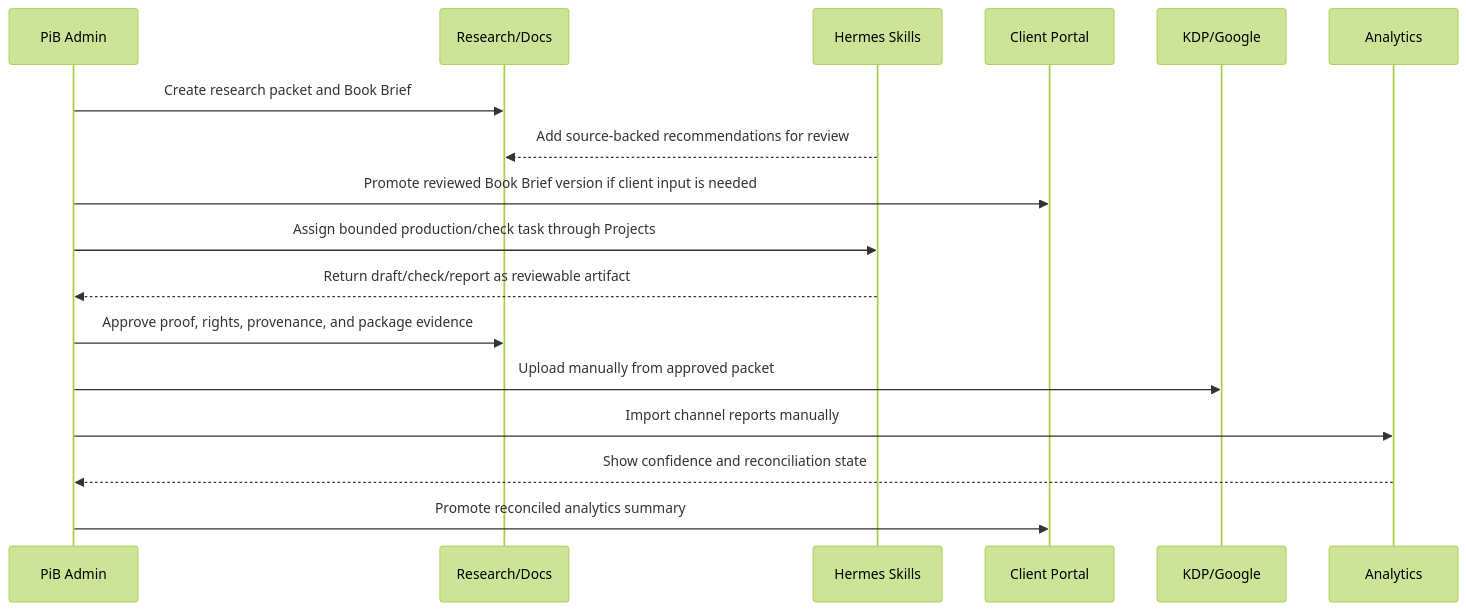
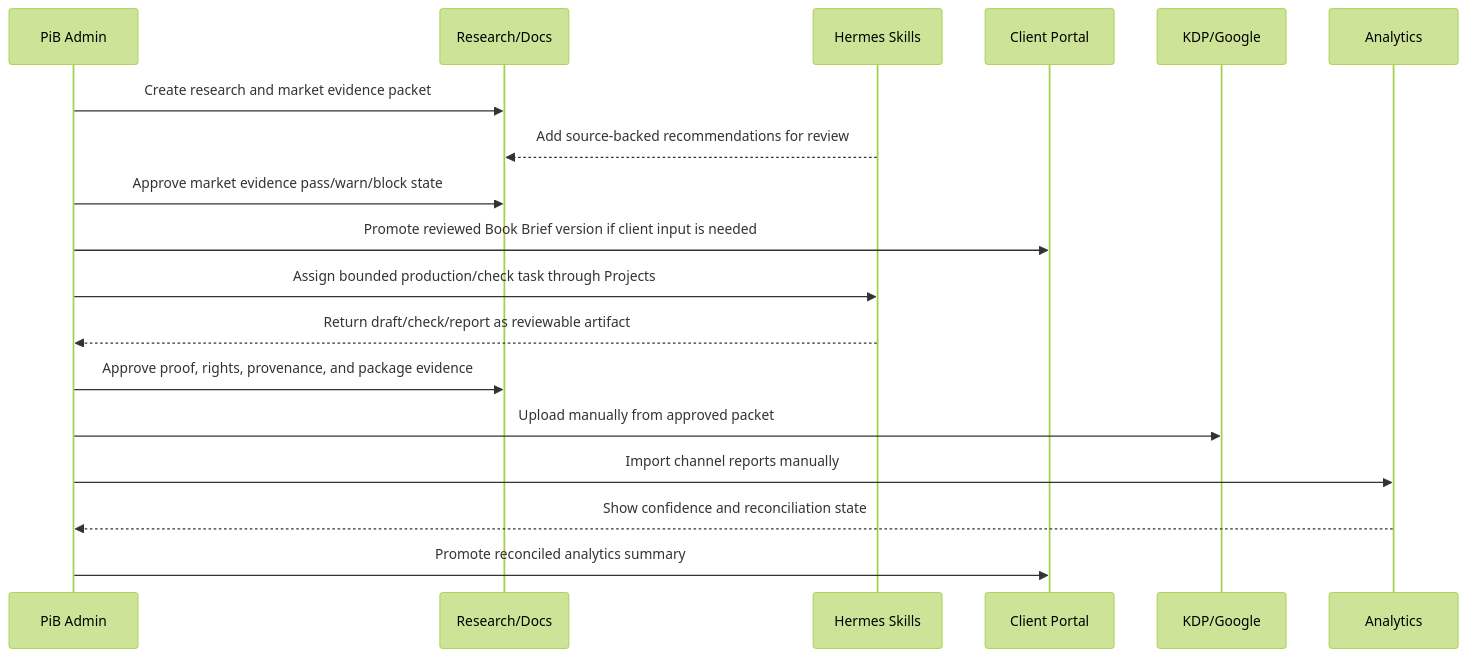
The second of 2 diagrams in docs/superpowers/specs/2026-06-08-book-studio-v1-platform-workflow-map.md (Partners-in-Biz/partnersinbiz-web), drawn with Mermaid (forest theme) before and after one commit. The commit also changed other lines of this file and 16 other files, not shown here.

Commit message:
docs(book-studio): add market evidence gate

````diff
--- a/docs/superpowers/specs/2026-06-08-book-studio-v1-platform-workflow-map.md
+++ b/docs/superpowers/specs/2026-06-08-book-studio-v1-platform-workflow-map.md
@@ -71,20 +73,21 @@
 ```mermaid
 sequenceDiagram
   participant Admin as PiB Admin
   participant Research as Research/Docs
   participant Hermes as Hermes Skills
   participant Portal as Client Portal
   participant Stores as KDP/Google
   participant Analytics as Analytics
 
-  Admin->>Research: Create research packet and Book Brief
+  Admin->>Research: Create research and market evidence packet
   Hermes-->>Research: Add source-backed recommendations for review
+  Admin->>Research: Approve market evidence pass/warn/block state
   Admin->>Portal: Promote reviewed Book Brief version if client input is needed
   Admin->>Hermes: Assign bounded production/check task through Projects
   Hermes-->>Admin: Return draft/check/report as reviewable artifact
   Admin->>Research: Approve proof, rights, provenance, and package evidence
   Admin->>Stores: Upload manually from approved packet
   Admin->>Analytics: Import channel reports manually
   Analytics-->>Admin: Show confidence and reconciliation state
   Admin->>Portal: Promote reconciled analytics summary
 ```
````
